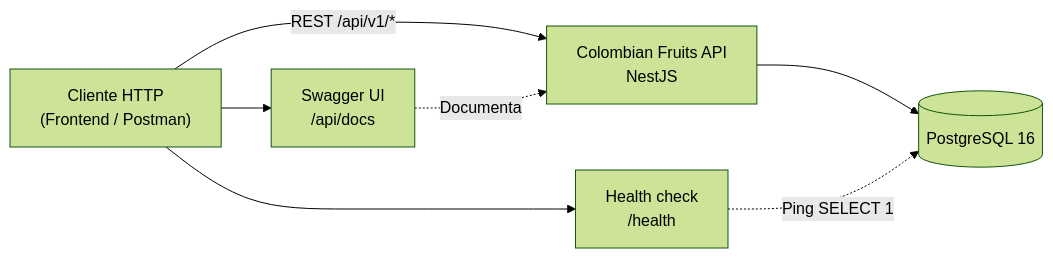
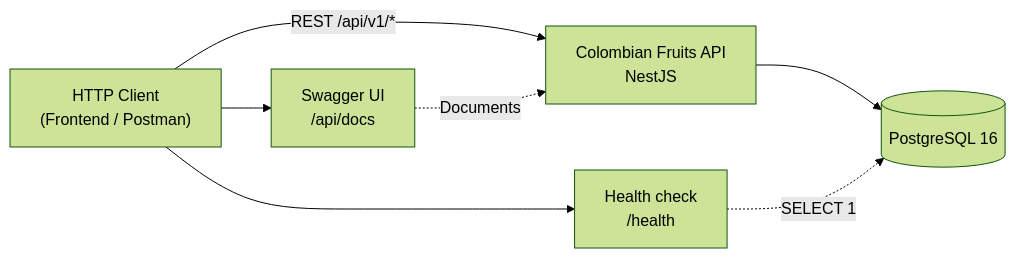
One commit to JeansCordoba/Colombian_fruits changed the diagram in docs/architecture/diagrams/01-system-context.md. Above: the diagram before and after it, drawn with Mermaid (forest theme). The commit also changed other lines of this file and 22 other files, not shown here.

Commit message:
docs: fix wiki links, slim README, and align diagrams with standards

````diff
--- a/docs/architecture/diagrams/01-system-context.md
+++ b/docs/architecture/diagrams/01-system-context.md
@@ -5,15 +11,15 @@
 ```mermaid
 flowchart LR
-    Client["Cliente HTTP<br/>(Frontend / Postman)"]
+    Client["HTTP Client<br/>(Frontend / Postman)"]
     API["Colombian Fruits API<br/>NestJS"]
     DB[(PostgreSQL 16)]
     Swagger["Swagger UI<br/>/api/docs"]
     Health["Health check<br/>/health"]
 
     Client -->|"REST /api/v1/*"| API
     Client --> Swagger
     Client --> Health
     API --> DB
-    Swagger -.->|"Documenta"| API
-    Health -.->|"Ping SELECT 1"| DB
+    Swagger -.->|"Documents"| API
+    Health -.->|"SELECT 1"| DB
 ```
````
